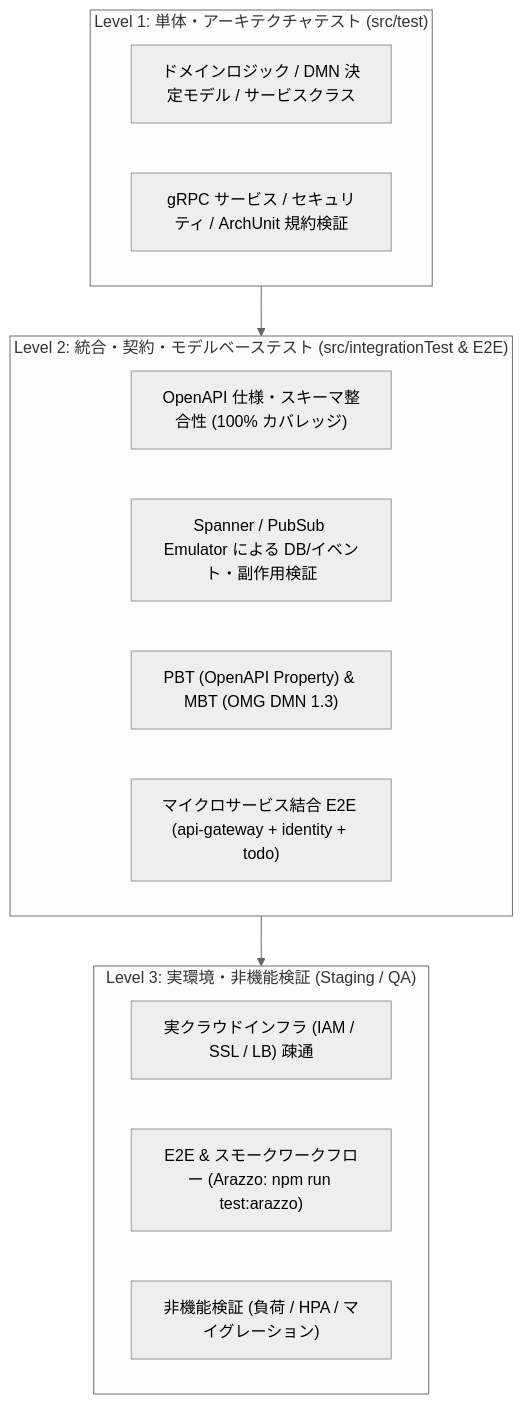
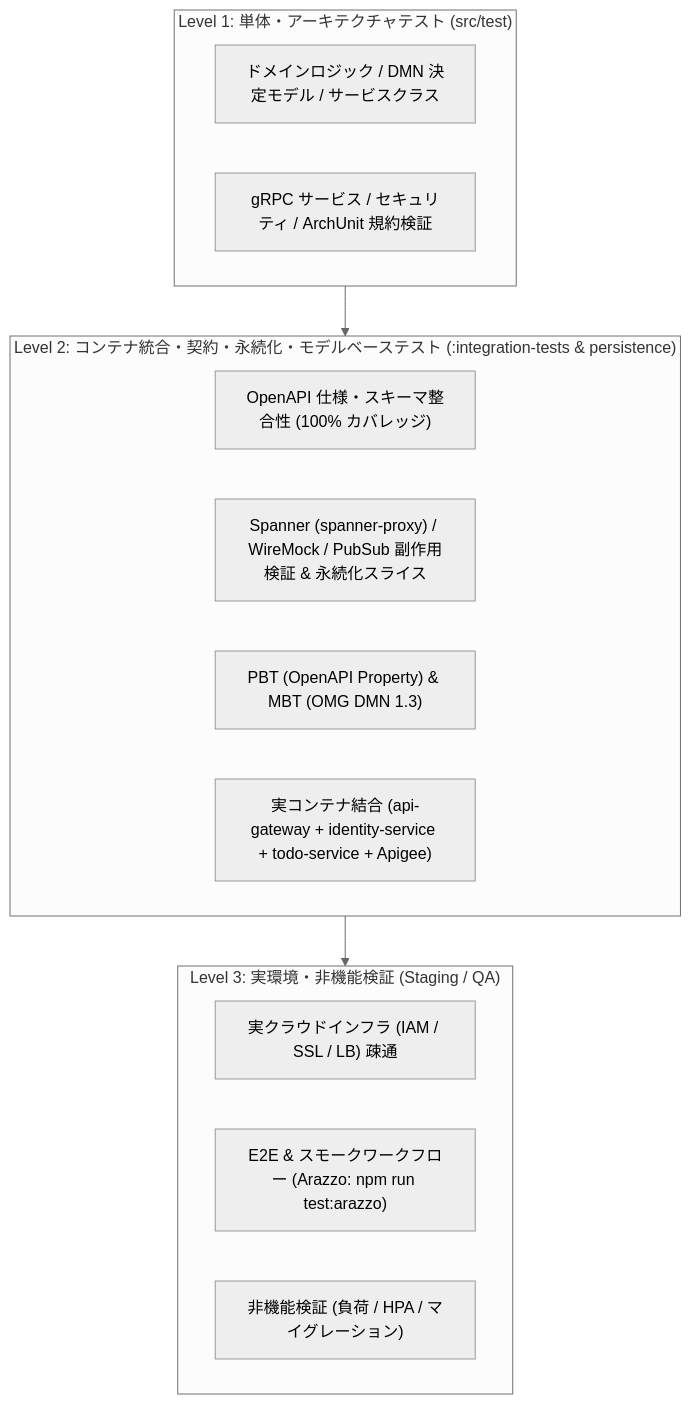
The first of 3 diagrams in docs/testing/test-strategy.md (tom009924/sandbox), drawn with Mermaid (neutral theme) before and after one commit. The commit also changed other lines of this file and 7 other files, not shown here.

First line of the commit message:
docs(testing): sync integration test documentation to container suite and remove legacy E2E scripts (#189)

````diff
--- a/docs/testing/test-strategy.md
+++ b/docs/testing/test-strategy.md
@@ -24,23 +24,23 @@
 ```mermaid
 flowchart TD
     subgraph Level3["Level 3: 実環境・非機能検証 (Staging / QA)"]
         L3_1["実クラウドインフラ (IAM / SSL / LB) 疎通"]
         L3_2["E2E & スモークワークフロー (Arazzo: npm run test:arazzo)"]
         L3_3["非機能検証 (負荷 / HPA / マイグレーション)"]
     end
 
-    subgraph Level2["Level 2: 統合・契約・モデルベーステスト (src/integrationTest & E2E)"]
+    subgraph Level2["Level 2: コンテナ統合・契約・永続化・モデルベーステスト (:integration-tests & persistence)"]
         L2_1["OpenAPI 仕様・スキーマ整合性 (100% カバレッジ)"]
-        L2_2["Spanner / PubSub Emulator による DB/イベント・副作用検証"]
+        L2_2["Spanner (spanner-proxy) / WireMock / PubSub 副作用検証 & 永続化スライス"]
         L2_3["PBT (OpenAPI Property) & MBT (OMG DMN 1.3)"]
-        L2_4["マイクロサービス結合 E2E (api-gateway + identity + todo)"]
+        L2_4["実コンテナ結合 (api-gateway + identity-service + todo-service + Apigee)"]
     end
 
     subgraph Level1["Level 1: 単体・アーキテクチャテスト (src/test)"]
         L1_1["ドメインロジック / DMN 決定モデル / サービスクラス"]
         L1_2["gRPC サービス / セキュリティ / ArchUnit 規約検証"]
     end
 
     Level1 --> Level2
     Level2 --> Level3
 ```
````
